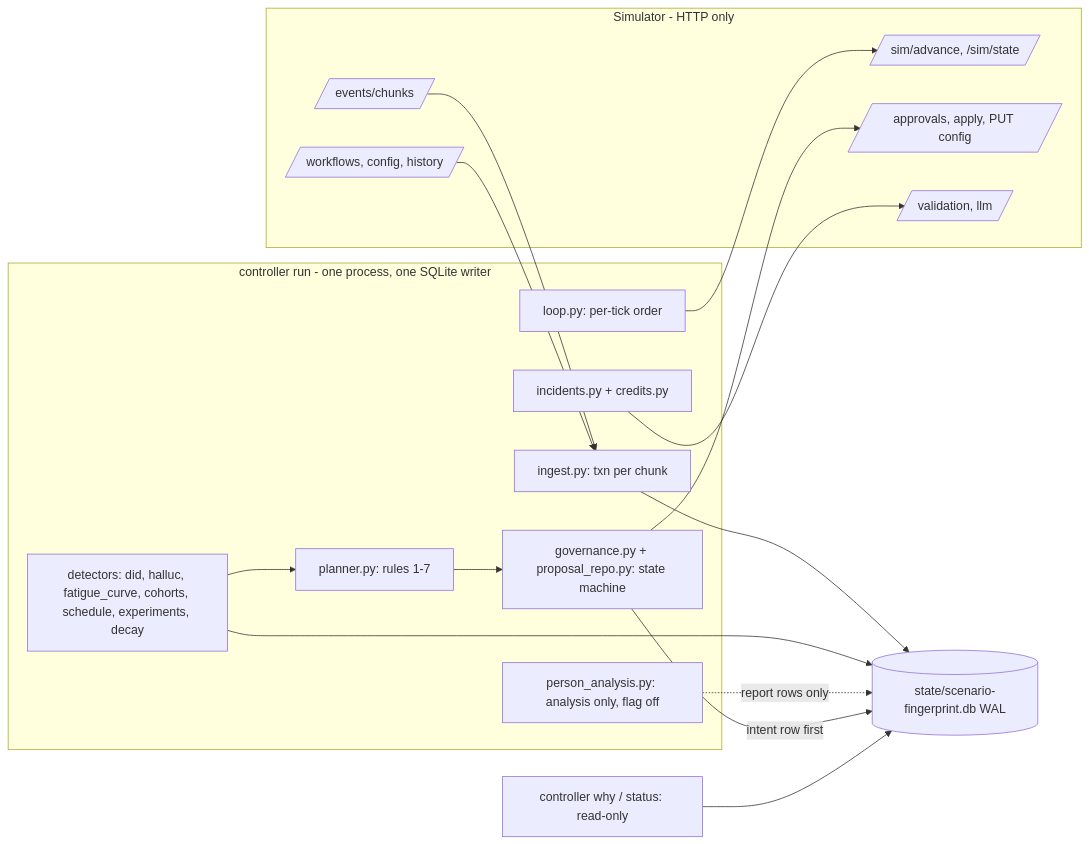
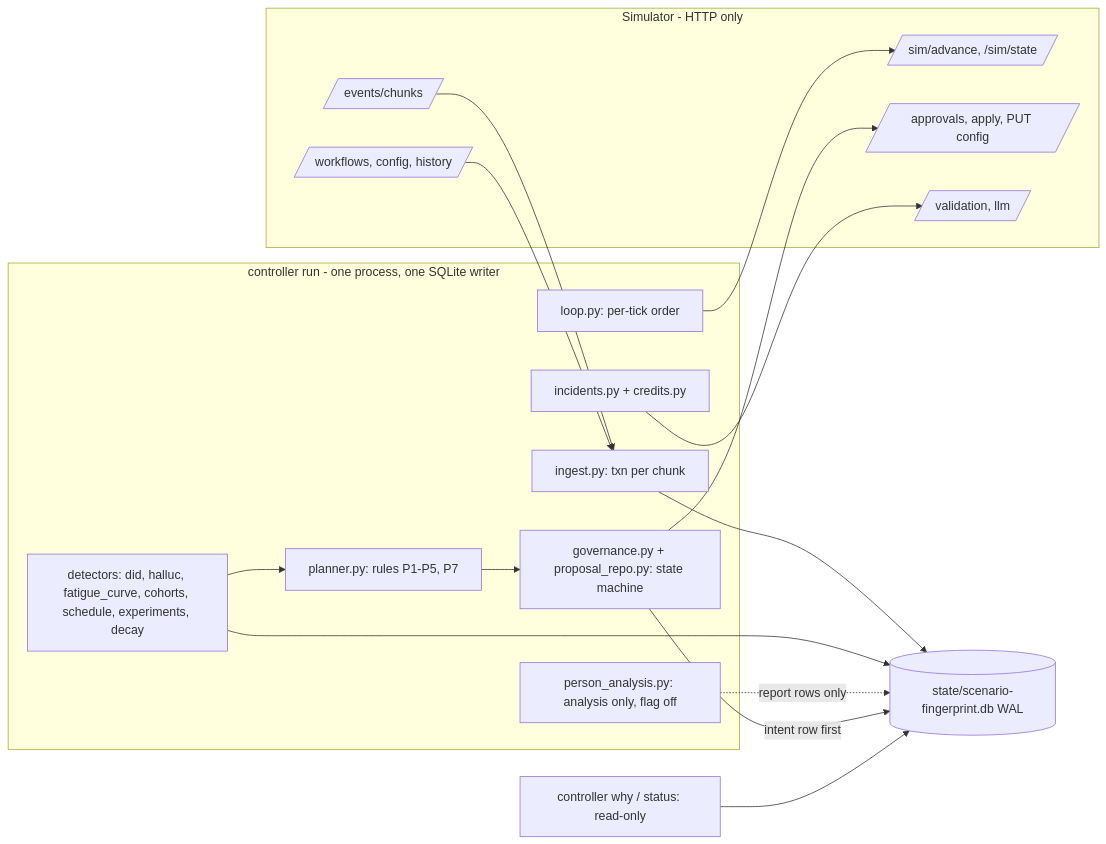
The diagram in SUBMISSION.md (AryamannNingombam/sde-assignment-2026), drawn with Mermaid before and after one commit. The commit also changed other lines of this file, not shown here.

````diff
--- a/SUBMISSION.md
+++ b/SUBMISSION.md
@@ -140,30 +143,30 @@
 ```mermaid
 flowchart LR
   subgraph SIM[Simulator - HTTP only]
     A[/sim/advance, /sim/state/]
     E[/events/chunks/]
     C[/workflows, config, history/]
     G[/approvals, apply, PUT config/]
     L[/validation, llm/]
   end
   subgraph CTL[controller run - one process, one SQLite writer]
     LOOP[loop.py: per-tick order]
     ING[ingest.py: txn per chunk]
     DET[detectors: did, halluc, fatigue_curve, cohorts, schedule, experiments, decay]
-    PLAN[planner.py: rules 1-7]
+    PLAN[planner.py: rules P1-P5, P7]
     PA[person_analysis.py: analysis only, flag off]
     GOV[governance.py + proposal_repo.py: state machine]
     INC[incidents.py + credits.py]
   end
   DB[(state/scenario-fingerprint.db WAL)]
   LOOP --> A
   E --> ING --> DB
   C --> ING
   DET --> DB
   PA -.->|report rows only| DB
   DET --> PLAN --> GOV
   GOV -->|intent row first| DB
   GOV --> G
   INC --> L
   AUD[controller why / status: read-only] --> DB
 ```
````
